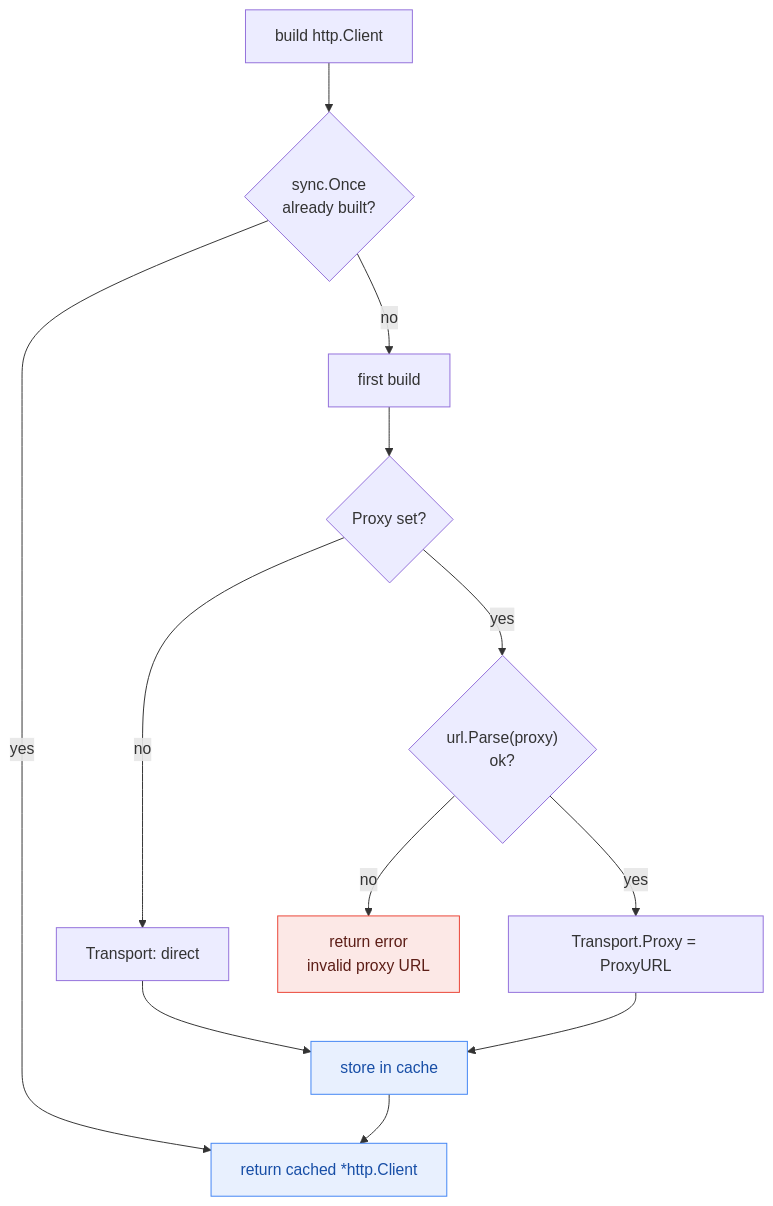
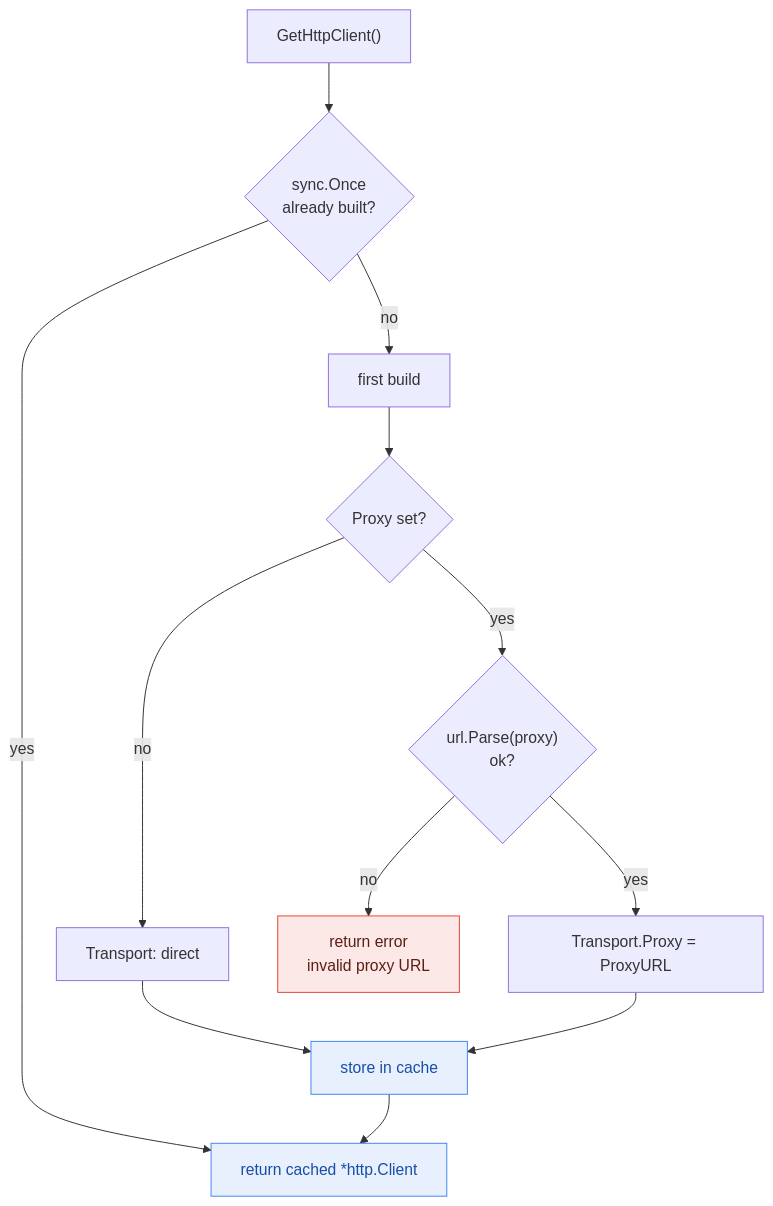
One commit to scagogogo/npm-skills changed the second of 2 diagrams in website/en/api/configuration.md. Above: the diagram before and after it, drawn with Mermaid. The commit also changed other lines of this file and 3 other files, not shown here.

````diff
--- a/website/en/api/configuration.md
+++ b/website/en/api/configuration.md
@@ -292,19 +294,19 @@
 ```mermaid
 flowchart TD
-    Call["build http.Client"] --> Once{"sync.Once<br/>already built?"}
+    Call["GetHttpClient()"] --> Once{"sync.Once<br/>already built?"}
     Once -->|yes| Cached["return cached *http.Client"]
     Once -->|no| Build["first build"]
     Build --> HasProxy{"Proxy set?"}
     HasProxy -->|no| Direct["Transport: direct"]
     HasProxy -->|yes| Parse{"url.Parse(proxy)<br/>ok?"}
     Parse -->|yes| Prox["Transport.Proxy = ProxyURL"]
     Parse -->|no| PErr["return error<br/>invalid proxy URL"]
     Direct --> Store["store in cache"]
     Prox --> Store
     Store --> Cached
 
     classDef cache fill:#e8f0fe,stroke:#4285f4,color:#174ea6;
     classDef err fill:#fce8e6,stroke:#ea4335,color:#5c1d16;
     class Cached,Store cache;
     class PErr err;
 ```
````
